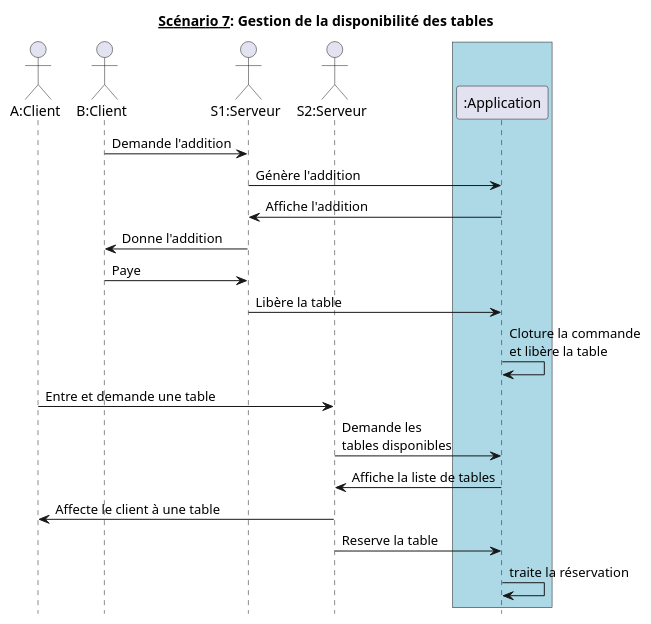
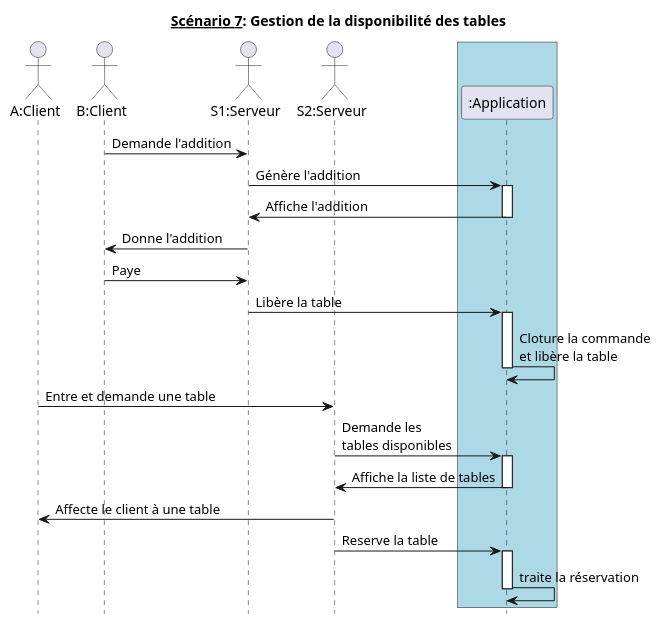
Before and after one commit to hulskenA/GL-Les_seigneurs_du_resto: the diagram in diagrammes_sequences/ds7.md, drawn with PlantUML. The commit also changed 15 other files, not shown here.

````diff
--- a/diagrammes_sequences/ds7.md
+++ b/diagrammes_sequences/ds7.md
@@ -1,32 +1,40 @@
 ```puml
 @startuml
 hide footbox
 title __Scénario 7__: Gestion de la disponibilité des tables
 
 actor "A:Client" as ClientA order 10
 actor "B:Client" as ClientB order 20
 
 actor "S1:Serveur" as Serveur1 order 30
 actor "S2:Serveur" as Serveur2 order 40
 
 box #Lightblue
     participant ":Application" as app order 50
 endbox
 
 ClientB -> Serveur1 : Demande l'addition
 Serveur1 -> app : Génère l'addition
+activate app
 Serveur1 <- app : Affiche l'addition
+deactivate app
 ClientB <- Serveur1 : Donne l'addition
 ClientB -> Serveur1 : Paye
 Serveur1 -> app : Libère la table
+activate app
 app -> app : Cloture la commande\net libère la table
+deactivate app
 
 ClientA -> Serveur2 : Entre et demande une table
 Serveur2 -> app : Demande les\ntables disponibles
+activate app
 Serveur2 <- app : Affiche la liste de tables
+deactivate app
 Serveur2 -> ClientA : Affecte le client à une table
 Serveur2 -> app : Reserve la table
+activate app
 app -> app : traite la réservation
+deactivate app
 
 @enduml
 ```
````
